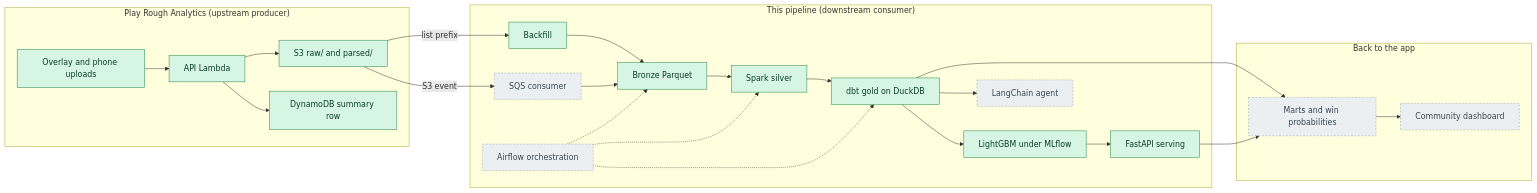
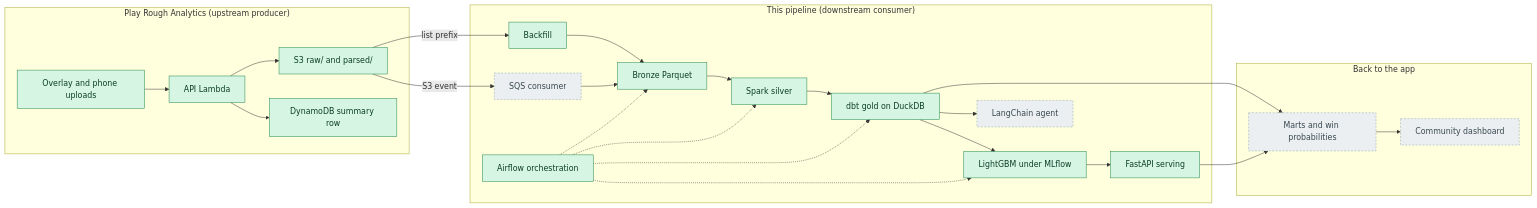
The diagram in README.md (emilioorozco/pokemon-meta-pipeline), drawn with Mermaid before and after one commit. The commit also changed other lines of this file and 18 other files, not shown here.

````diff
--- a/README.md
+++ b/README.md
@@ -17,46 +17,47 @@
 ```mermaid
 flowchart LR
   subgraph APP["Play Rough Analytics (upstream producer)"]
     UP["Overlay and phone uploads"]
     API["API Lambda"]
     S3["S3 raw/ and parsed/"]
     DDB["DynamoDB summary row"]
     UP --> API
     API --> S3
     API --> DDB
   end
   subgraph PIPE["This pipeline (downstream consumer)"]
     BF["Backfill"]
     SQS["SQS consumer"]
     BRZ["Bronze Parquet"]
     SLV["Spark silver"]
     GLD["dbt gold on DuckDB"]
     MDL["LightGBM under MLflow"]
     SRV["FastAPI serving"]
     AGT["LangChain agent"]
     AIR["Airflow orchestration"]
     BF --> BRZ
     SQS --> BRZ
     BRZ --> SLV
     SLV --> GLD
     GLD --> MDL
     MDL --> SRV
     GLD --> AGT
     AIR -.-> BRZ
     AIR -.-> SLV
     AIR -.-> GLD
+    AIR -.-> MDL
   end
   subgraph BACK["Back to the app"]
     PUB["Marts and win probabilities"]
     DASH["Community dashboard"]
     PUB --> DASH
   end
   S3 -- "list prefix" --> BF
   S3 -- "S3 event" --> SQS
   GLD --> PUB
   SRV --> PUB
   classDef done fill:#d6f5e3,stroke:#1e8449,color:#0b3d24
   classDef planned fill:#eceff1,stroke:#90a4ae,stroke-dasharray:4 3,color:#37474f
-  class UP,API,S3,DDB,BF,BRZ,SLV,GLD,MDL,SRV done
-  class SQS,AGT,AIR,PUB,DASH planned
+  class UP,API,S3,DDB,BF,BRZ,SLV,GLD,MDL,SRV,AIR done
+  class SQS,AGT,PUB,DASH planned
 ```
````
